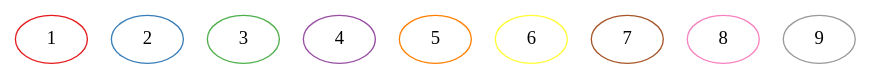
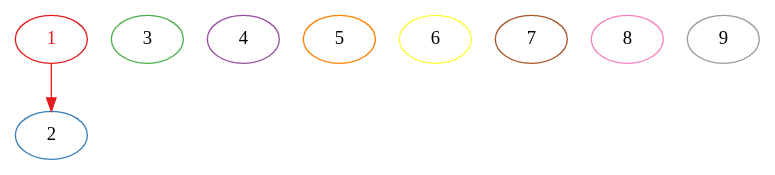
The diagram in colors.dot (ybouret/yack), drawn with Graphviz before and after one commit. The commit also changed 3 other files, not shown here.

```diff
--- a/colors.dot
+++ b/colors.dot
@@ -1,13 +1,16 @@
 
-graph {
+digraph {
   node [colorscheme=set19] # Apply colorscheme to all nodes
-  1 [color=1]
+  edge [colorscheme=set19]
+  1 [color=1,fontcolor=1]
   2 [color=2]
   3 [color=3]
   4 [color=4]
   5 [color=5]
   6 [color=6]
   7 [color=7]
   8 [color=8]
   9 [color=9]
+	
+   1->2 [color=1]
 }
```
